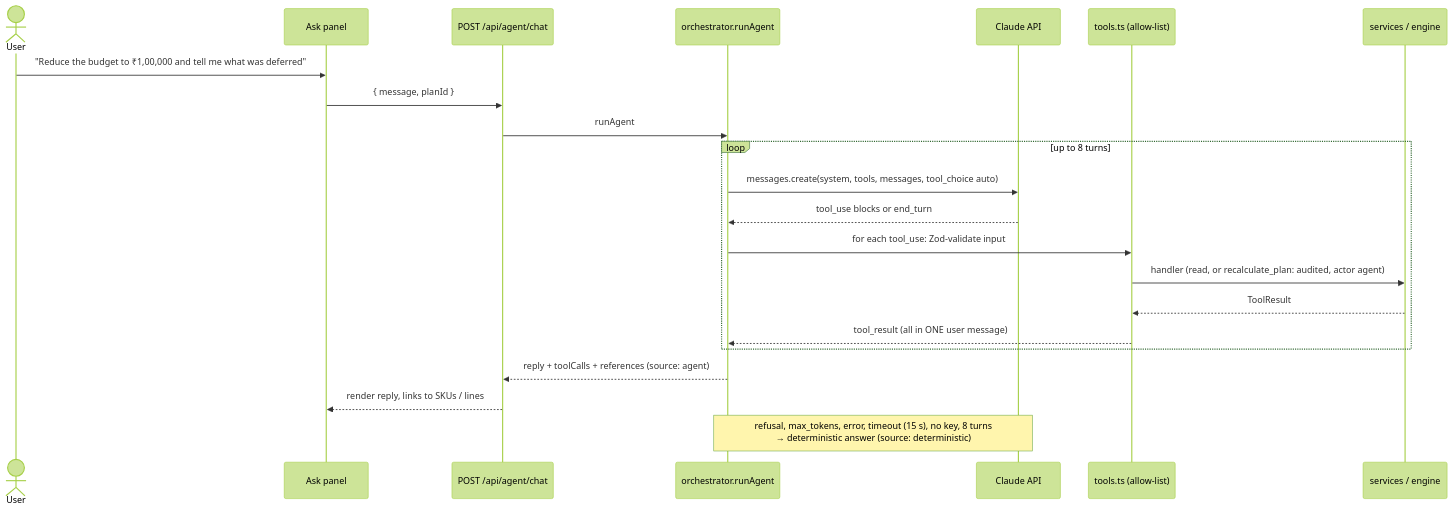
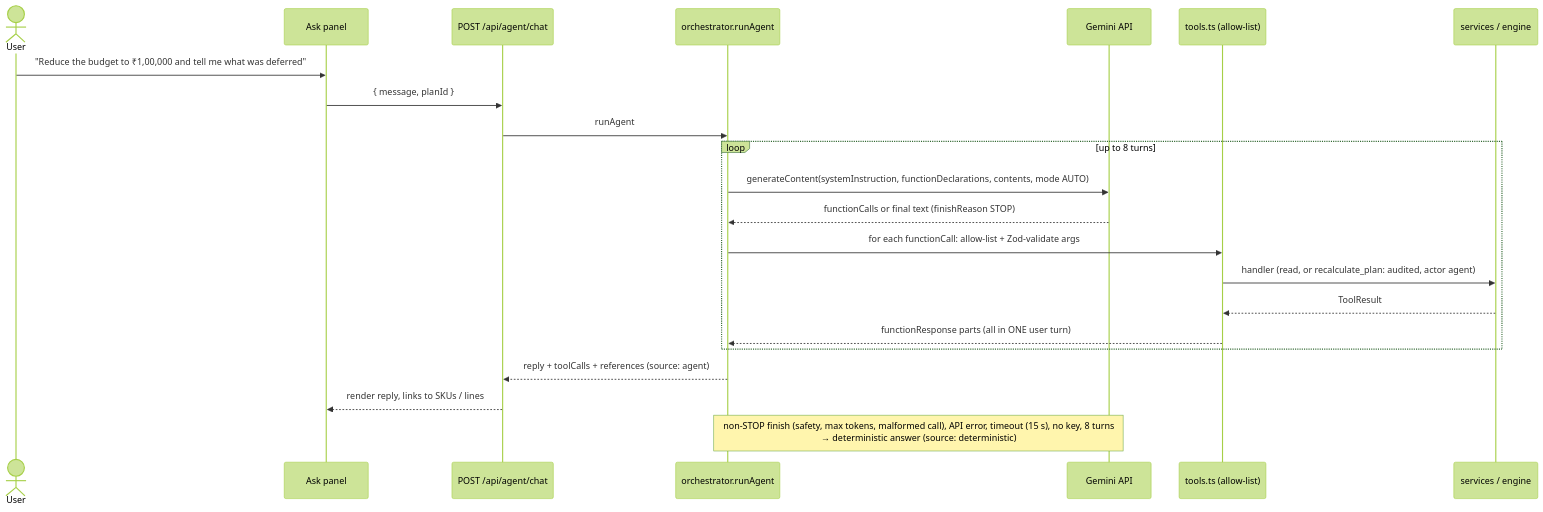
One commit to rushshah973/pharmaos changed diagram 11 of 21 in architecture.md. Above: the diagram before and after it, drawn with Mermaid (forest theme). The commit also changed other lines of this file and 6 other files, not shown here.

First line of the commit message:
switch LLM from Claude to Gemini (@google/genai)

````diff
--- a/architecture.md
+++ b/architecture.md
@@ -393,24 +393,24 @@
 ```mermaid
 sequenceDiagram
     actor U as User
     participant Pn as Ask panel
     participant API as POST /api/agent/chat
     participant O as orchestrator.runAgent
-    participant CL as Claude API
+    participant CL as Gemini API
     participant T as tools.ts (allow-list)
     participant SV as services / engine
     U->>Pn: "Reduce the budget to ₹1,00,000 and tell me what was deferred"
     Pn->>API: { message, planId }
     API->>O: runAgent
     loop up to 8 turns
-        O->>CL: messages.create(system, tools, messages, tool_choice auto)
-        CL-->>O: tool_use blocks or end_turn
-        O->>T: for each tool_use: Zod-validate input
+        O->>CL: generateContent(systemInstruction, functionDeclarations, contents, mode AUTO)
+        CL-->>O: functionCalls or final text (finishReason STOP)
+        O->>T: for each functionCall: allow-list + Zod-validate args
         T->>SV: handler (read, or recalculate_plan: audited, actor agent)
         SV-->>T: ToolResult
-        T-->>O: tool_result (all in ONE user message)
+        T-->>O: functionResponse parts (all in ONE user turn)
     end
     O-->>API: reply + toolCalls + references (source: agent)
     API-->>Pn: render reply, links to SKUs / lines
-    Note over O,CL: refusal, max_tokens, error, timeout (15 s), no key, 8 turns<br/>→ deterministic answer (source: deterministic)
+    Note over O,CL: non-STOP finish (safety, max tokens, malformed call), API error, timeout (15 s), no key, 8 turns<br/>→ deterministic answer (source: deterministic)
 ```
````
